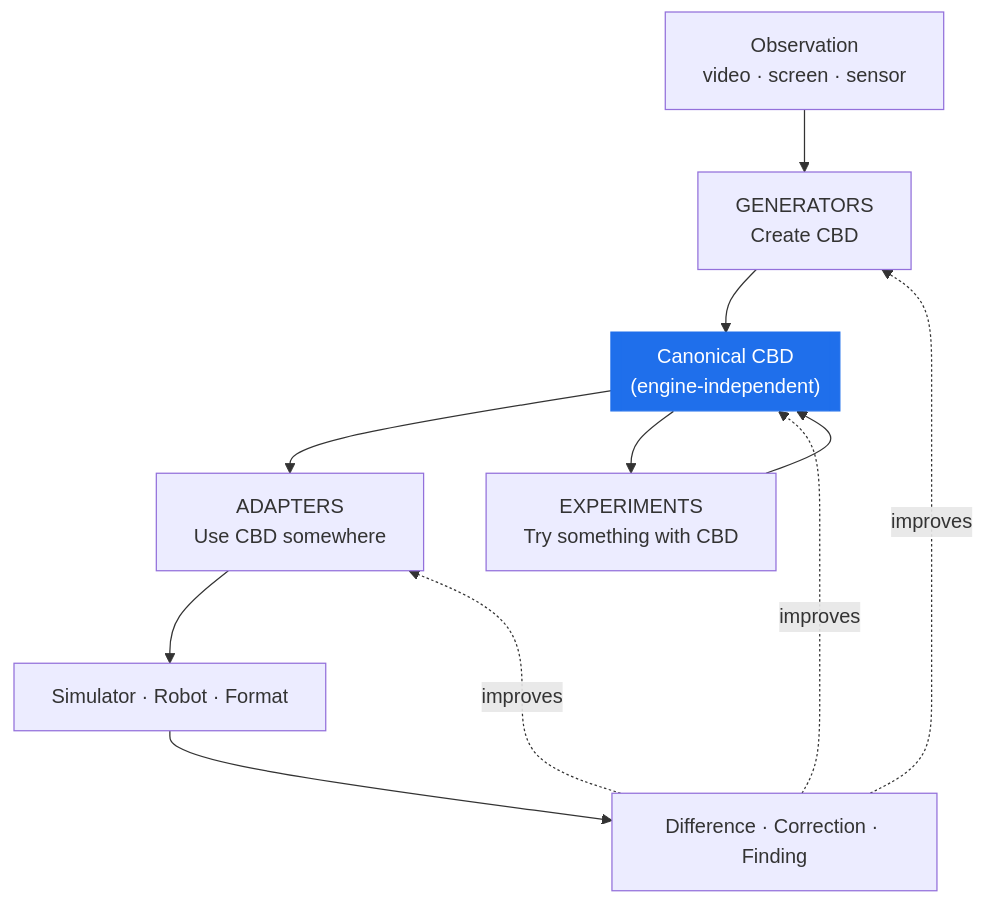
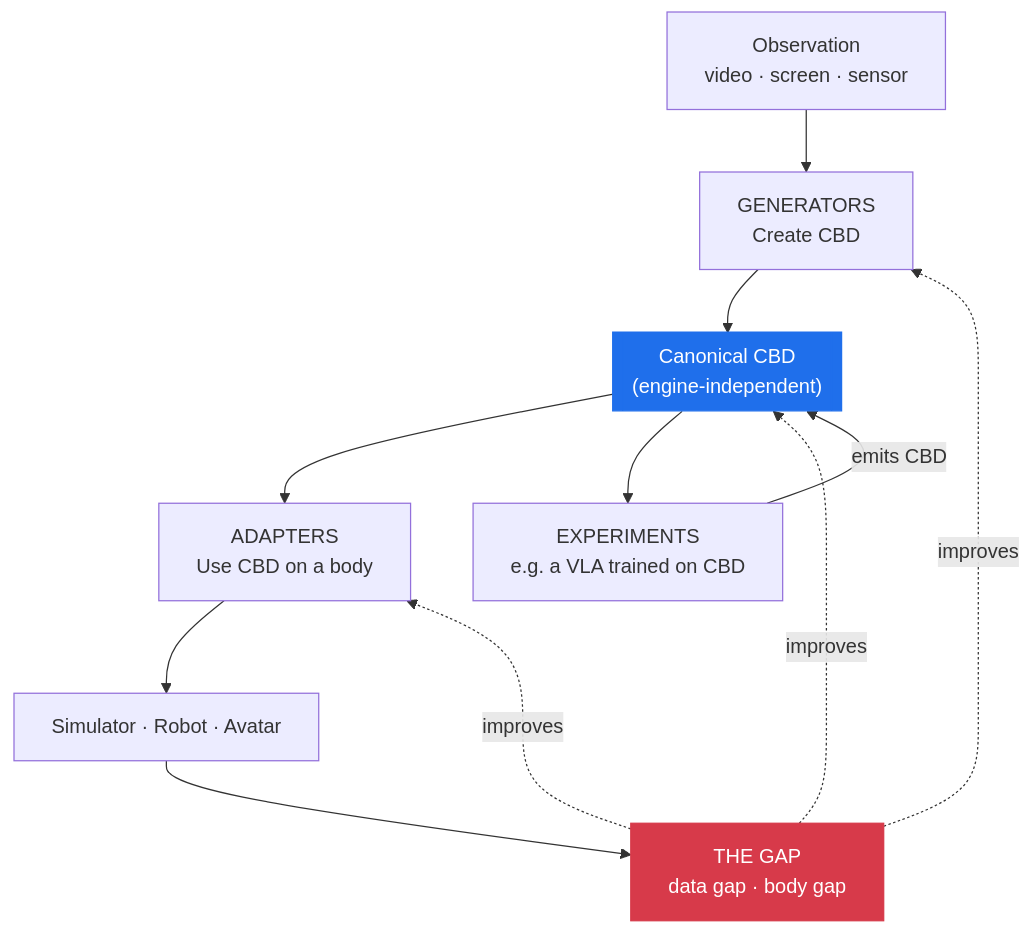
The diagram in README.md (Koichi3333/common-behavior-data), drawn with Mermaid before and after one commit. The commit also changed other lines of this file and 13 other files, not shown here.

First line of the commit message:
Lead with the VLA sample and per-body gaps; recruit contributors

````diff
--- a/README.md
+++ b/README.md
@@ -141,16 +264,18 @@
 ```mermaid
 flowchart TD
     V["Observation<br/>video · screen · sensor"] --> G["GENERATORS<br/>Create CBD"]
     G --> CBD[["Canonical CBD<br/>(engine-independent)"]]
-    CBD --> A["ADAPTERS<br/>Use CBD somewhere"]
-    CBD --> E["EXPERIMENTS<br/>Try something with CBD"]
-    A --> T["Simulator · Robot · Format"]
-    T --> F["Difference · Correction · Finding"]
+    CBD --> A["ADAPTERS<br/>Use CBD on a body"]
+    CBD --> E["EXPERIMENTS<br/>e.g. a VLA trained on CBD"]
+    E -->|"emits CBD"| CBD
+    A --> T["Simulator · Robot · Avatar"]
+    T --> F["THE GAP<br/>data gap · body gap"]
     F -.improves.-> G
     F -.improves.-> CBD
     F -.improves.-> A
-    E --> CBD
 
     classDef core fill:#1f6feb,stroke:#1f6feb,color:#fff;
+    classDef gap fill:#d73a4a,stroke:#d73a4a,color:#fff;
     class CBD core;
+    class F gap;
 ```
````
